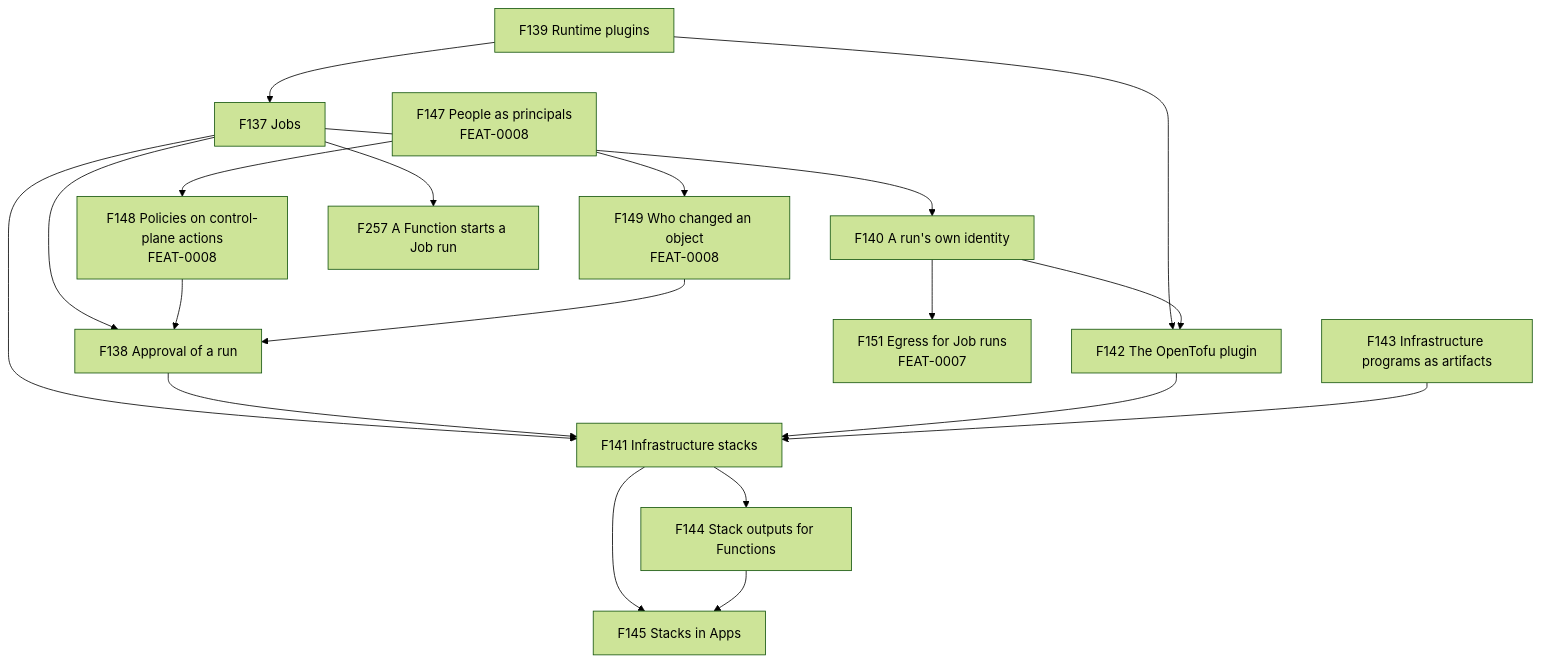
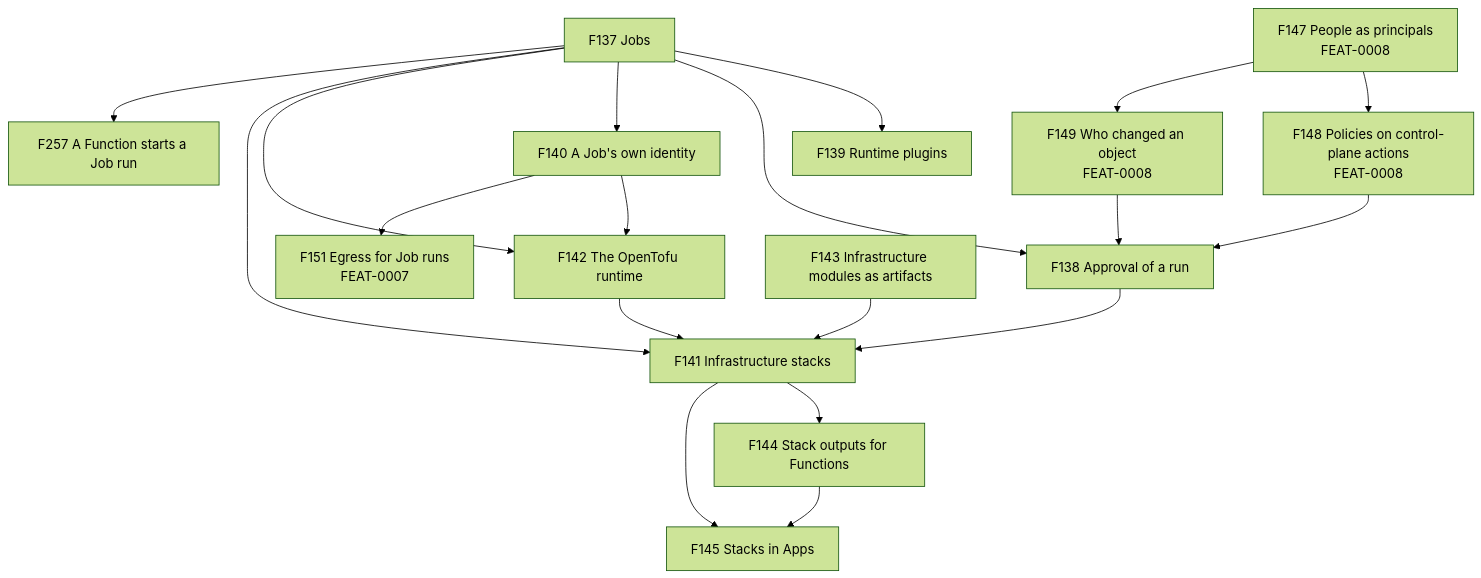
Before and after one commit to pyvvo/funcd: the first of 2 diagrams in docs/feat/0012-feat-infrastack.md, drawn with Mermaid (forest theme). The commit also changed other lines of this file and 1 other file, not shown here.

First line of the commit message:
docs(feat): a Job follows the Function model, and OpenTofu ships as a curated runtime

````diff
--- a/docs/feat/0012-feat-infrastack.md
+++ b/docs/feat/0012-feat-infrastack.md
@@ -47,21 +49,21 @@
 ```mermaid
 flowchart TB
-    F139["F139 Runtime plugins"] --> F137["F137 Jobs"]
+    F137["F137 Jobs"] --> F139["F139 Runtime plugins"]
     F137 --> F138["F138 Approval of a run"]
-    F137 --> F140["F140 A run's own identity"]
+    F137 --> F140["F140 A Job's own identity"]
     F147["F147 People as principals<br/>FEAT-0008"] --> F148["F148 Policies on control-plane actions<br/>FEAT-0008"]
     F147 --> F149["F149 Who changed an object<br/>FEAT-0008"]
     F148 --> F138
     F149 --> F138
-    F139 --> F142["F142 The OpenTofu plugin"]
+    F137 --> F142["F142 The OpenTofu runtime"]
     F140 --> F142
     F140 --> F151["F151 Egress for Job runs<br/>FEAT-0007"]
     F137 --> F141["F141 Infrastructure stacks"]
     F138 --> F141
     F142 --> F141
-    F143["F143 Infrastructure programs as artifacts"] --> F141
+    F143["F143 Infrastructure modules as artifacts"] --> F141
     F141 --> F144["F144 Stack outputs for Functions"]
     F141 --> F145["F145 Stacks in Apps"]
     F144 --> F145
     F137 --> F257["F257 A Function starts a Job run"]
 ```
````
